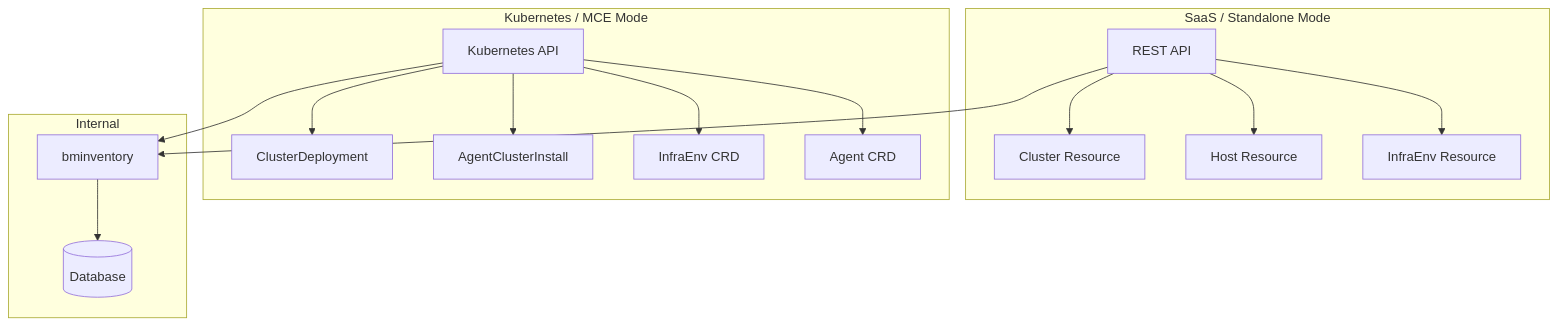
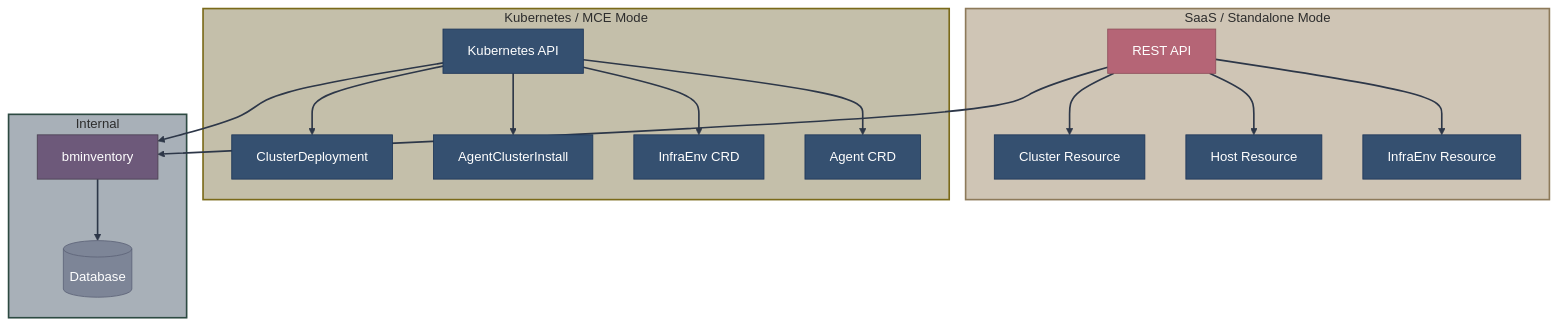
Before and after one commit to zszabo-rh/openshift-install-guide: the first of 4 diagrams in 03-assisted-installation/rest-api-vs-kube-api.md, drawn with Mermaid. The commit also changed other lines of this file and 16 other files, not shown here.

Commit message:
improved diagram style

````diff
--- a/03-assisted-installation/rest-api-vs-kube-api.md
+++ b/03-assisted-installation/rest-api-vs-kube-api.md
@@ -20,26 +20,44 @@
 ```mermaid
 graph TB
-    subgraph "SaaS / Standalone Mode"
+    subgraph saas["SaaS / Standalone Mode"]
         REST[REST API]
         REST --> CLUSTER_R[Cluster Resource]
         REST --> HOST_R[Host Resource]
         REST --> INFRA_R[InfraEnv Resource]
     end
     
-    subgraph "Kubernetes / MCE Mode"
+    subgraph kube["Kubernetes / MCE Mode"]
         KUBE[Kubernetes API]
         KUBE --> CD[ClusterDeployment]
         KUBE --> ACI[AgentClusterInstall]
         KUBE --> IE[InfraEnv CRD]
         KUBE --> AGENT[Agent CRD]
     end
     
-    subgraph "Internal"
+    subgraph internal["Internal"]
         BM[bminventory]
         DB[(Database)]
     end
     
     REST --> BM
     KUBE --> BM
     BM --> DB
+    
+    style REST fill:#b56576,stroke:#8d4e5a,color:#fff
+    style CLUSTER_R fill:#355070,stroke:#1d3557,color:#fff
+    style HOST_R fill:#355070,stroke:#1d3557,color:#fff
+    style INFRA_R fill:#355070,stroke:#1d3557,color:#fff
+    style KUBE fill:#355070,stroke:#1d3557,color:#fff
+    style CD fill:#355070,stroke:#1d3557,color:#fff
+    style ACI fill:#355070,stroke:#1d3557,color:#fff
+    style IE fill:#355070,stroke:#1d3557,color:#fff
+    style AGENT fill:#355070,stroke:#1d3557,color:#fff
+    style BM fill:#6d597a,stroke:#4a3f50,color:#fff
+    style DB fill:#7d8597,stroke:#5c6378,color:#fff
+    
+    style saas fill:#cfc5b5,stroke:#8d7a5a,stroke-width:2px,color:#2d2d2d
+    style kube fill:#c4bfaa,stroke:#7a6a1a,stroke-width:2px,color:#2d2d2d
+    style internal fill:#a8b0b8,stroke:#2d4a42,stroke-width:2px,color:#2d2d2d
+    
+    linkStyle default stroke:#2d3748,stroke-width:2px
 ```
````
